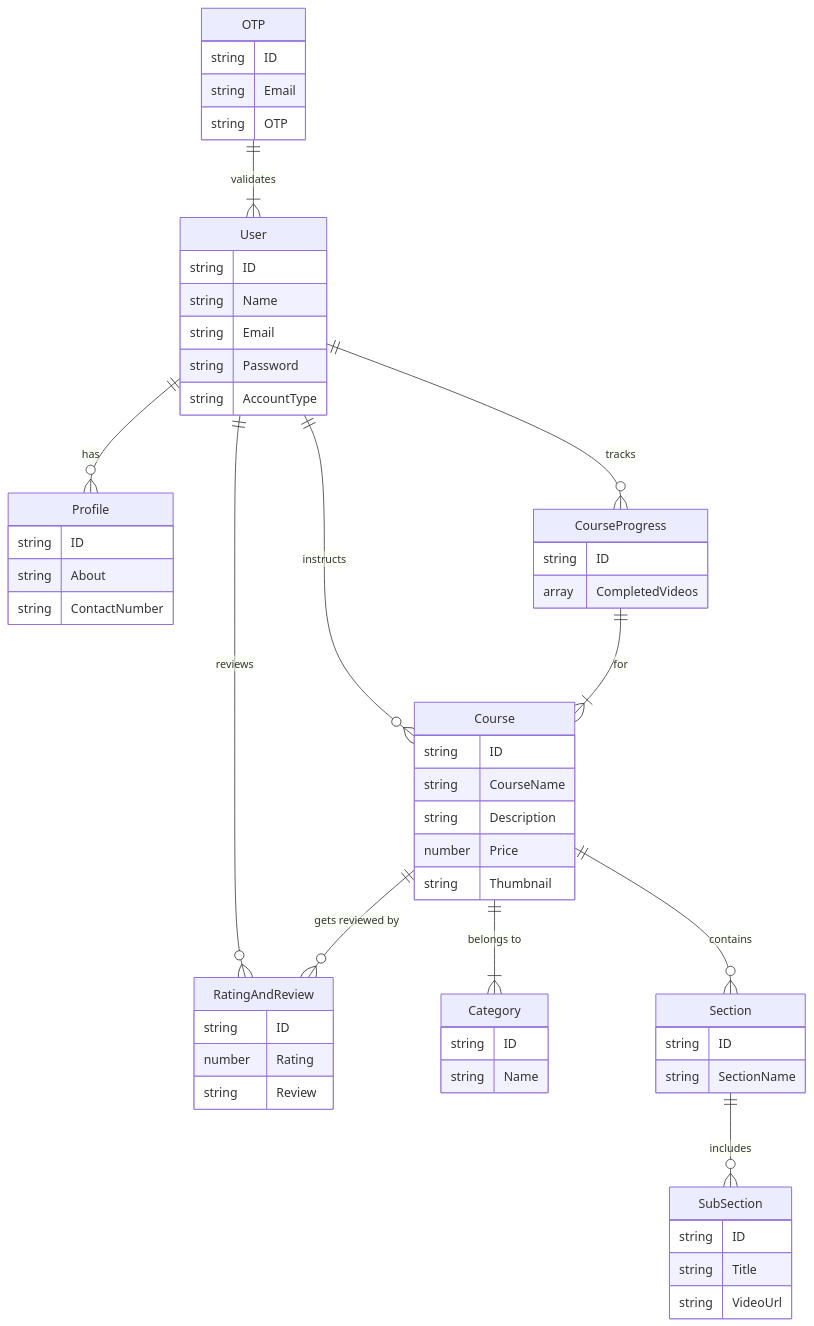
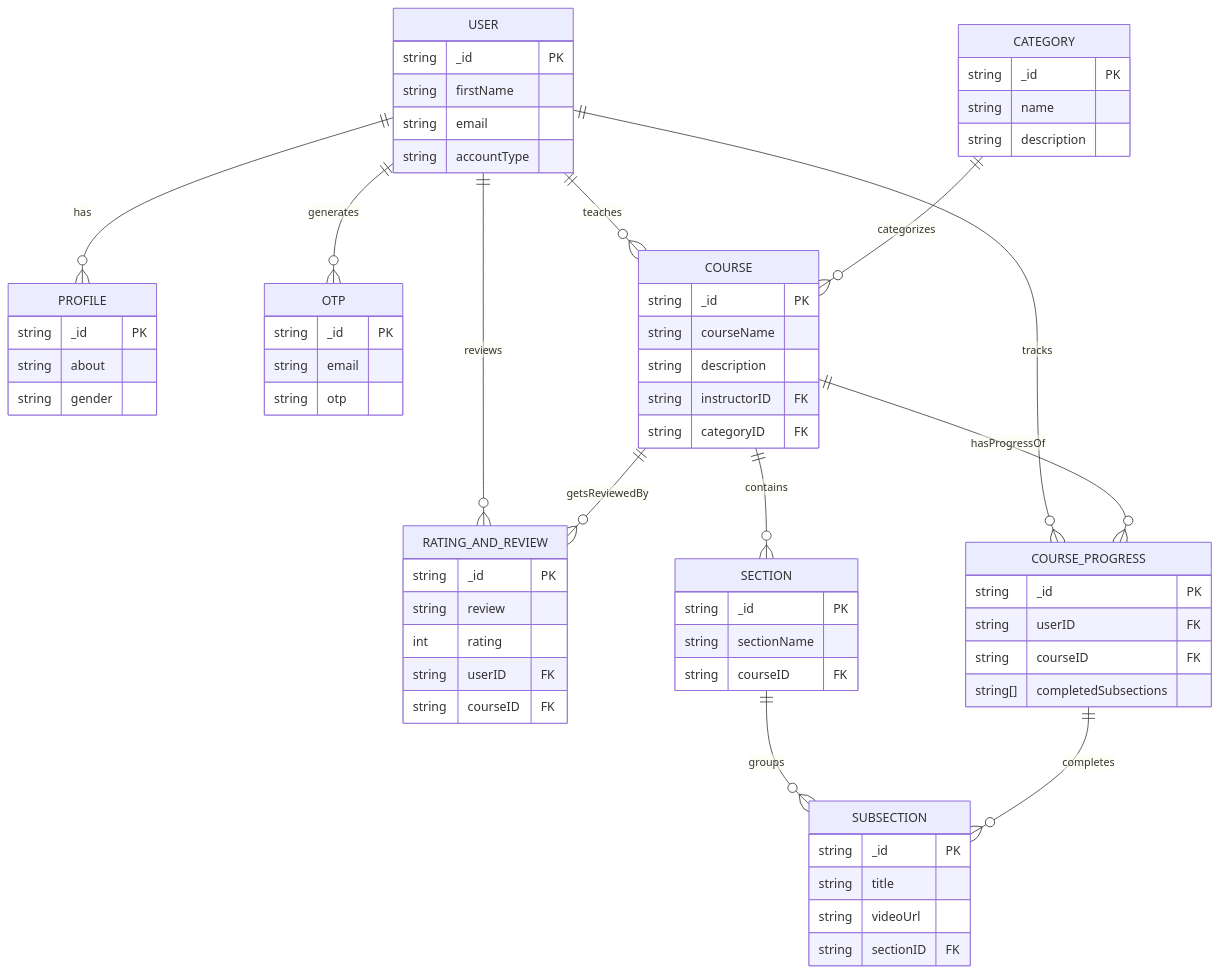
Before and after one commit to grewal16/study_notion: the diagram in README.md, drawn with Mermaid. The commit also changed other lines of this file, not shown here.

````diff
--- a/README.md
+++ b/README.md
@@ -43,60 +52,67 @@
 ```mermaid
 erDiagram
-    User ||--o{ Profile : "has"
-    User ||--o{ Course : "instructs"
-    User ||--o{ CourseProgress : "tracks"
-    User ||--o{ RatingAndReview : "reviews"
-    Course ||--|{ Category : "belongs to"
-    Course ||--o{ Section : "contains"
-    Course ||--o{ RatingAndReview : "gets reviewed by"
-    Section ||--o{ SubSection : "includes"
-    CourseProgress ||--|{ Course : "for"
-    OTP ||--|{ User : "validates"
-
-    User {
-        string ID
-        string Name
-        string Email
-        string Password
-        string AccountType
+    USER ||--o{ PROFILE : has
+    USER ||--o{ OTP : generates
+    USER ||--o{ COURSE : teaches
+    USER ||--o{ RATING_AND_REVIEW : reviews
+    USER ||--o{ COURSE_PROGRESS : tracks
+    COURSE ||--o{ SECTION : contains
+    COURSE ||--o{ RATING_AND_REVIEW : getsReviewedBy
+    COURSE ||--o{ COURSE_PROGRESS : hasProgressOf
+    CATEGORY ||--o{ COURSE : categorizes
+    SECTION ||--o{ SUBSECTION : groups
+    COURSE_PROGRESS ||--o{ SUBSECTION : completes
+    
+    USER {
+        string _id PK
+        string firstName
+        string email
+        string accountType
     }
-    Profile {
-        string ID
-        string About
-        string ContactNumber
-    }
-    Course {
-        string ID
-        string CourseName
-        string Description
-        number Price
-        string Thumbnail
-    }
-    Category {
-        string ID
-        string Name
-    }
-    Section {
-        string ID
-        string SectionName
-    }
-    SubSection {
-        string ID
-        string Title
-        string VideoUrl
-    }
-    RatingAndReview {
-        string ID
-        number Rating
-        string Review
-    }
-    CourseProgress {
-        string ID
-        array CompletedVideos
+    PROFILE {
+        string _id PK
+        string about
+        string gender
     }
     OTP {
-        string ID
-        string Email
-        string OTP
+        string _id PK
+        string email
+        string otp
+    }
+    COURSE {
+        string _id PK
+        string courseName
+        string description
+        string instructorID FK
+        string categoryID FK
+    }
+    CATEGORY {
+        string _id PK
+        string name
+        string description
+    }
+    SECTION {
+        string _id PK
+        string sectionName
+        string courseID FK
+    }
+    SUBSECTION {
+        string _id PK
+        string title
+        string videoUrl
+        string sectionID FK
+    }
+    RATING_AND_REVIEW {
+        string _id PK
+        string review
+        int rating
+        string userID FK
+        string courseID FK
+    }
+    COURSE_PROGRESS {
+        string _id PK
+        string userID FK
+        string courseID FK
+        string[] completedSubsections
     }
 ```
````
